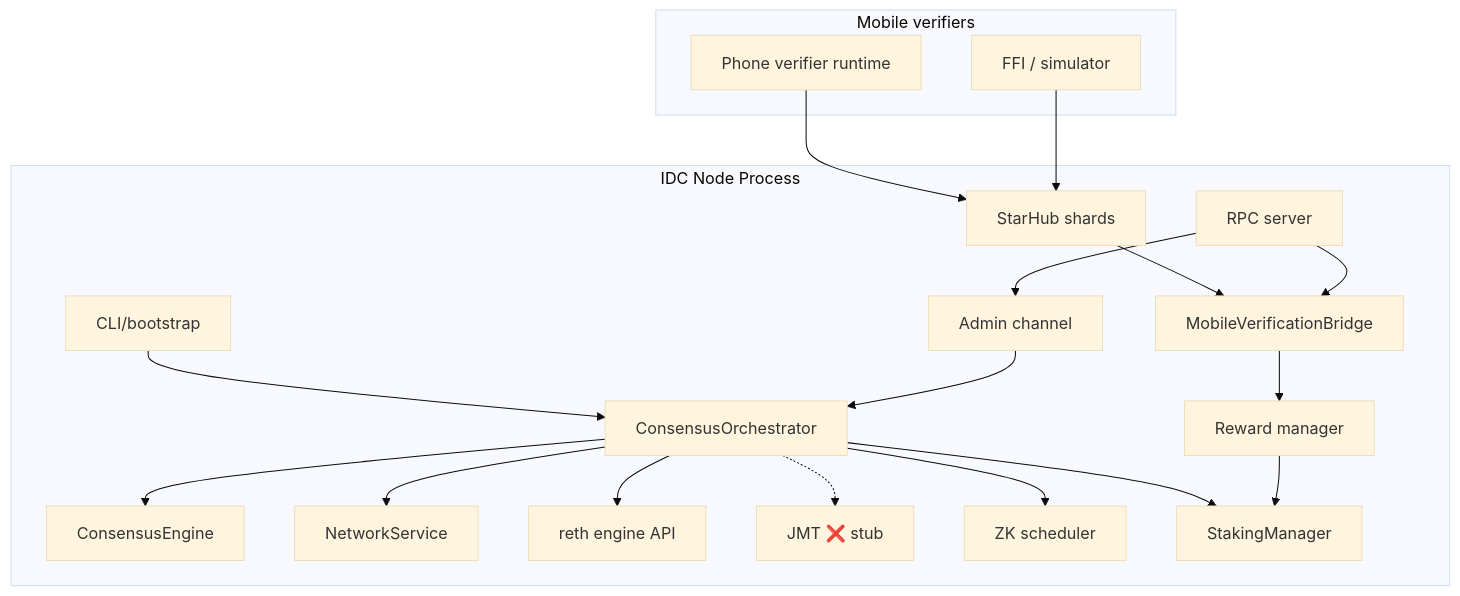
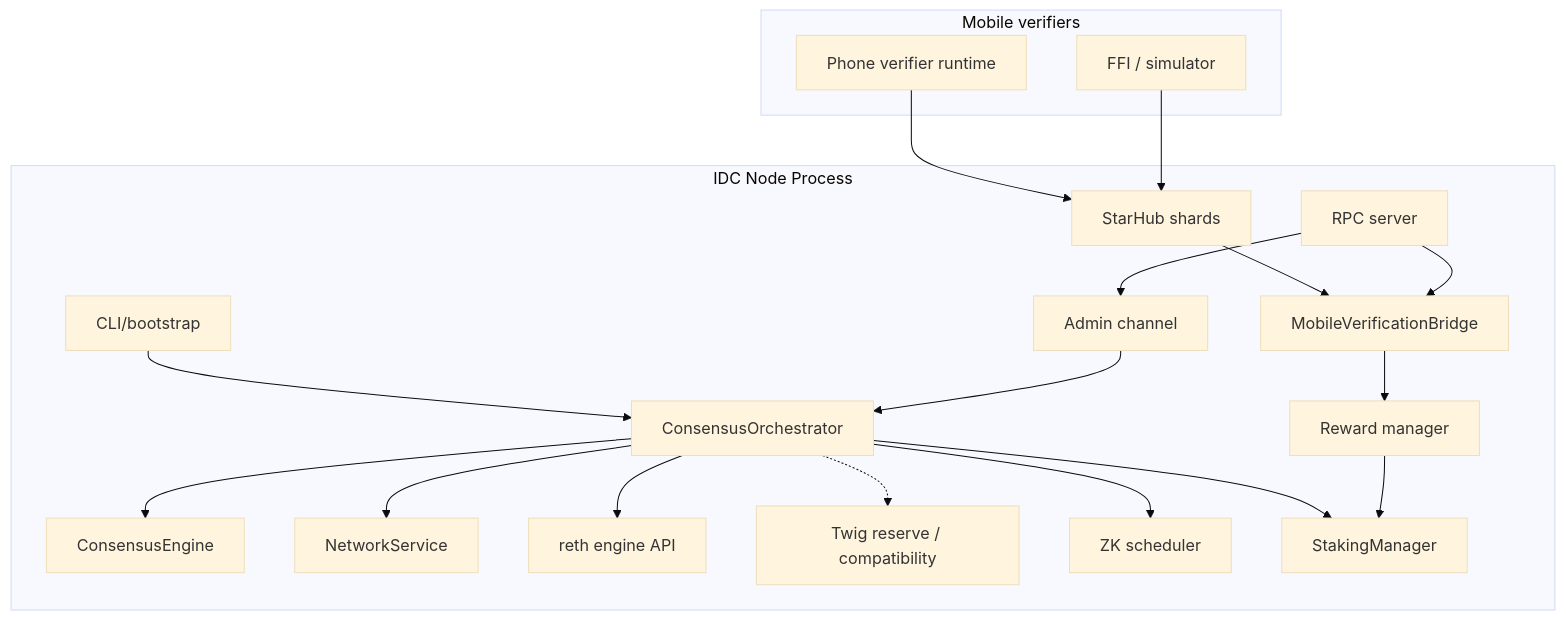
One commit to n42blockchain/n42-26 changed the second of 2 diagrams in docs/01-System-Architecture.md. Above: the diagram before and after it, drawn with Mermaid (base theme). The commit also changed other lines of this file and 5 other files, not shown here.

````diff
--- a/docs/01-System-Architecture.md
+++ b/docs/01-System-Architecture.md
@@ -137,38 +137,38 @@
 ```mermaid
 flowchart TD
     subgraph Node["IDC Node Process"]
         A["CLI/bootstrap"]
         B["ConsensusEngine"]
         C["ConsensusOrchestrator"]
         D["NetworkService"]
         E["StarHub shards"]
         F["MobileVerificationBridge"]
         G["RPC server"]
         H["reth engine API"]
-        I["JMT ❌ stub"]
+        I["Twig reserve / compatibility"]
         J["ZK scheduler"]
         K["Reward manager"]
         L["StakingManager"]
         M["Admin channel"]
     end
 
     subgraph Phones["Mobile verifiers"]
         P1["Phone verifier runtime"]
         P2["FFI / simulator"]
     end
 
     A --> C
     C --> B
     C --> D
     C --> H
     C -.-> I
     C --> J
     C --> L
     E --> F
     F --> K
     K --> L
     G --> M --> C
     G --> F
     P1 --> E
     P2 --> E
 ```
````
